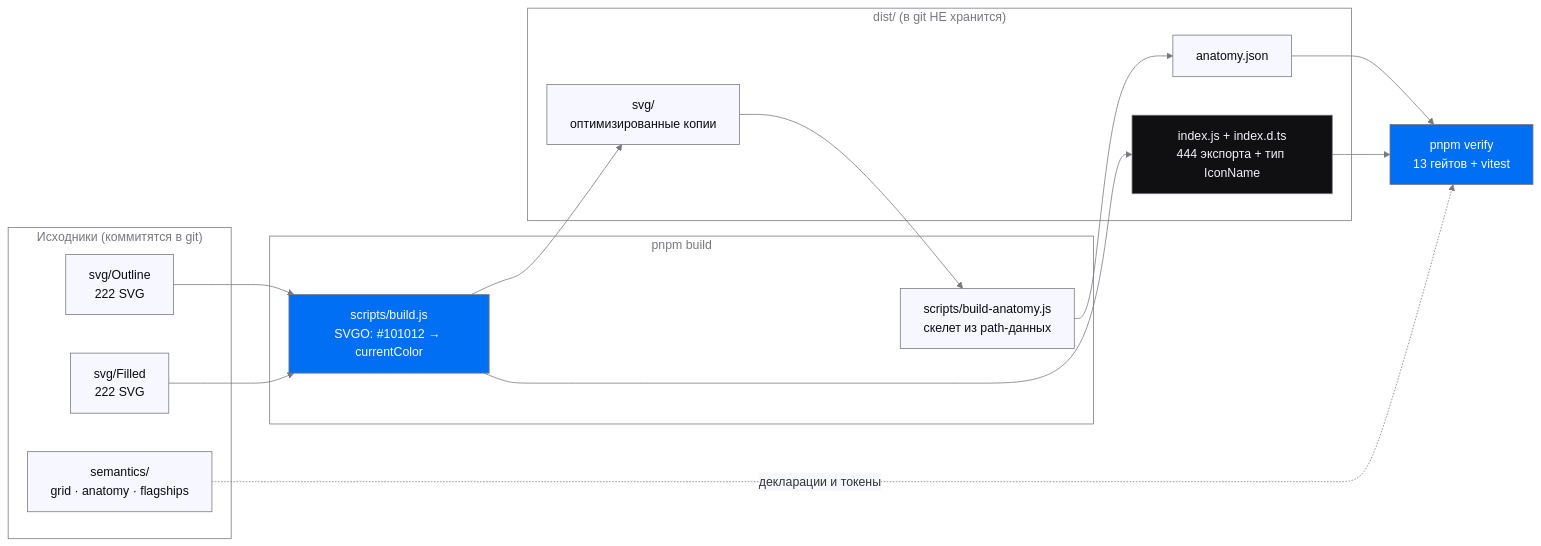
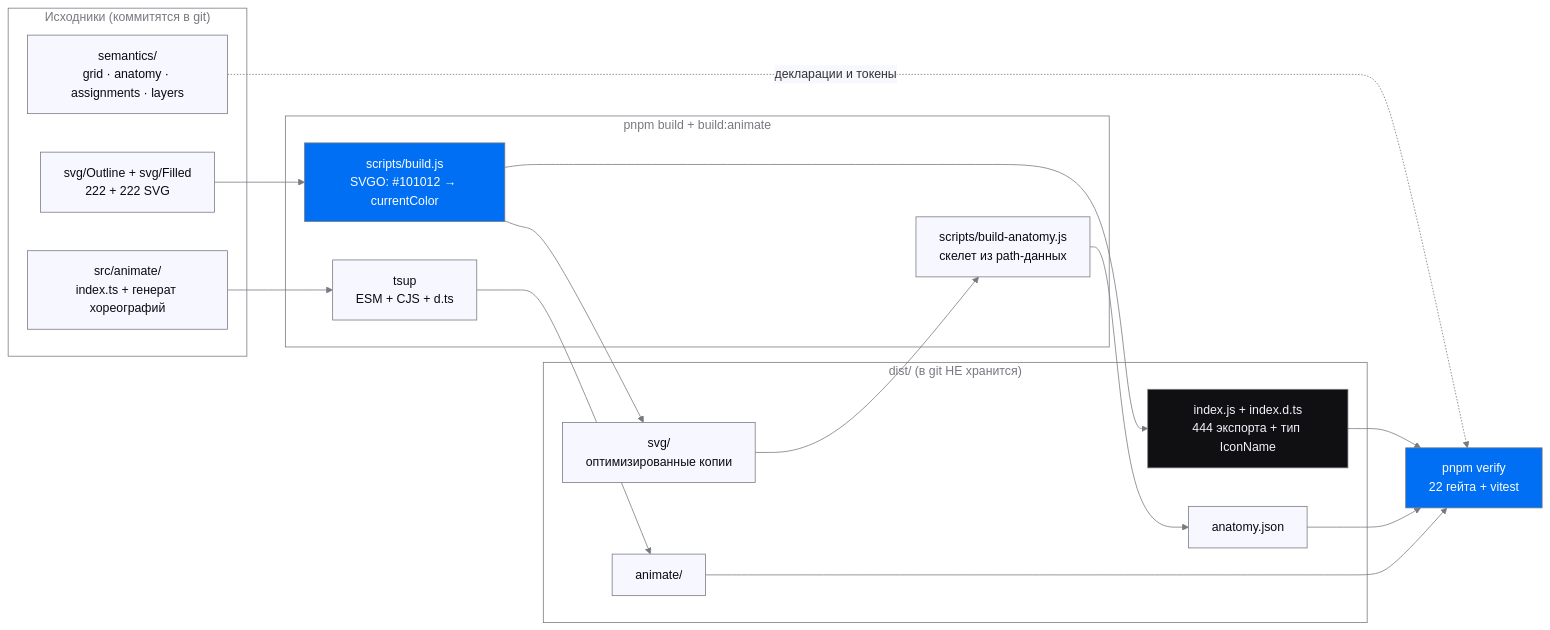
The first of 2 diagrams in README.md (Labpics-Team/lab-icons), drawn with Mermaid before and after one commit. The commit also changed other lines of this file and 3 other files, not shown here.

````diff
--- a/README.md
+++ b/README.md
@@ -20,38 +21,42 @@
 ```mermaid
 %%{init: {'theme':'base','themeVariables':{
   'lineColor':'#787880','textColor':'#0A0A10',
   'edgeLabelBackground':'#F7F7FF',
   'clusterBkg':'transparent','clusterBorder':'#787880'
 }}}%%
 flowchart LR
   subgraph src["Исходники (коммитятся в git)"]
-    OUT["svg/Outline<br/>222 SVG"]:::node
-    FIL["svg/Filled<br/>222 SVG"]:::node
-    SEM["semantics/<br/>grid · anatomy · flagships"]:::node
+    SVG["svg/Outline + svg/Filled<br/>222 + 222 SVG"]:::node
+    SEM["semantics/<br/>grid · anatomy · assignments · layers"]:::node
+    ANI["src/animate/<br/>index.ts + генерат хореографий"]:::node
   end
-  subgraph bld["pnpm build"]
+  subgraph bld["pnpm build + build:animate"]
     B1["scripts/build.js<br/>SVGO: #101012 → currentColor"]:::accent
     B2["scripts/build-anatomy.js<br/>скелет из path-данных"]:::node
+    B3["tsup<br/>ESM + CJS + d.ts"]:::node
   end
   subgraph dst["dist/ (в git НЕ хранится)"]
     IDX["index.js + index.d.ts<br/>444 экспорта + тип IconName"]:::dark
     DSVG["svg/<br/>оптимизированные копии"]:::node
     ANAT["anatomy.json"]:::node
+    DANI["animate/"]:::node
   end
-  VER["pnpm verify<br/>13 гейтов + vitest"]:::accent
-  OUT --> B1
-  FIL --> B1
+  VER["pnpm verify<br/>22 гейта + vitest"]:::accent
+  SVG --> B1
   B1 --> IDX
   B1 --> DSVG
   DSVG --> B2
   B2 --> ANAT
+  ANI --> B3
+  B3 --> DANI
   SEM -. "декларации и токены" .-> VER
   IDX --> VER
   ANAT --> VER
+  DANI --> VER
   classDef node fill:#F7F7FF,stroke:#787880,color:#0A0A10
   classDef accent fill:#006FF3,stroke:#787880,color:#FCFDFF
   classDef dark fill:#101012,stroke:#787880,color:#F2F2FC
   style src fill:transparent,stroke:#787880,color:#787880
   style bld fill:transparent,stroke:#787880,color:#787880
   style dst fill:transparent,stroke:#787880,color:#787880
 ```
````
